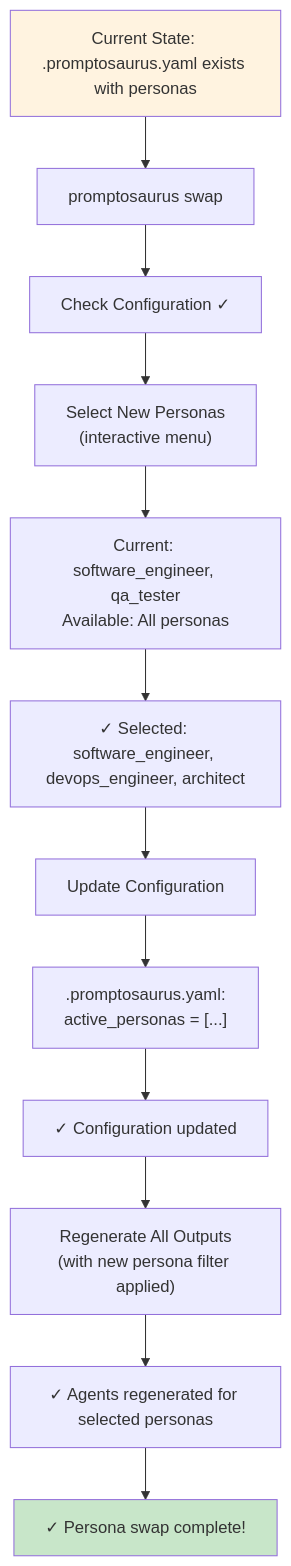
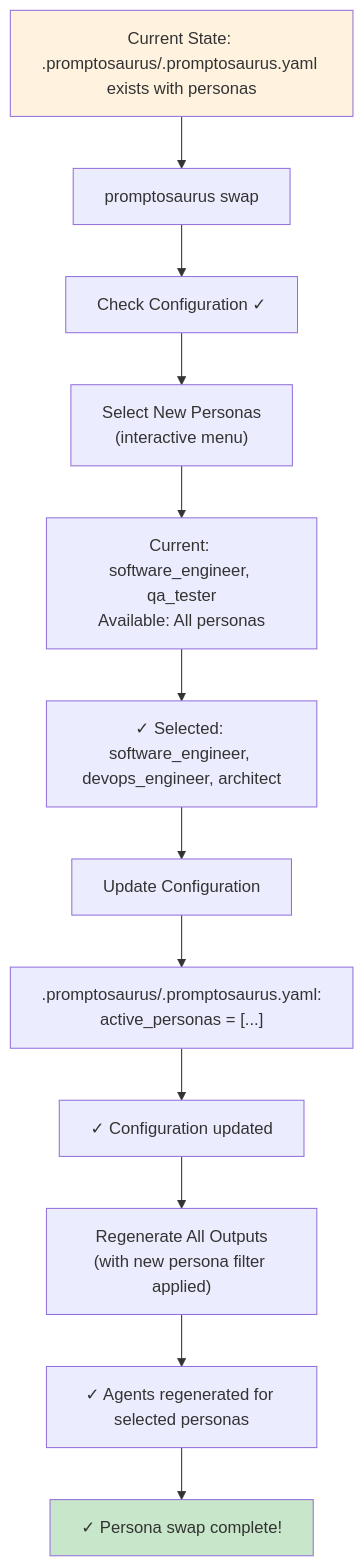
Before and after one commit to snoodleboot-io/prompticorn: the fourth of 11 diagrams in docs/DIAGRAMS_GUIDE.md, drawn with Mermaid. The commit also changed other lines of this file and 234 other files, not shown here.

````diff
--- a/docs/DIAGRAMS_GUIDE.md
+++ b/docs/DIAGRAMS_GUIDE.md
@@ -95,20 +95,20 @@
 ```mermaid
 flowchart TD
-    A["Current State: .promptosaurus.yaml exists with personas"] --> B["promptosaurus swap"]
+    A["Current State: .promptosaurus/.promptosaurus.yaml exists with personas"] --> B["promptosaurus swap"]
     B --> C["Check Configuration ✓"]
     C --> D["Select New Personas<br/>(interactive menu)"]
     D --> D1["Current: software_engineer, qa_tester<br/>Available: All personas"]
     D1 --> D2["✓ Selected: software_engineer, devops_engineer, architect"]
     
     D2 --> E["Update Configuration"]
-    E --> E1[".promptosaurus.yaml:<br/>active_personas = [...]"]
+    E --> E1[".promptosaurus/.promptosaurus.yaml:<br/>active_personas = [...]"]
     E1 --> E2["✓ Configuration updated"]
     
     E2 --> F["Regenerate All Outputs<br/>(with new persona filter applied)"]
     F --> F1["✓ Agents regenerated for selected personas"]
     
     F1 --> G["✓ Persona swap complete!"]
     
     style A fill:#fff3e0
     style G fill:#c8e6c9
 ```
````
